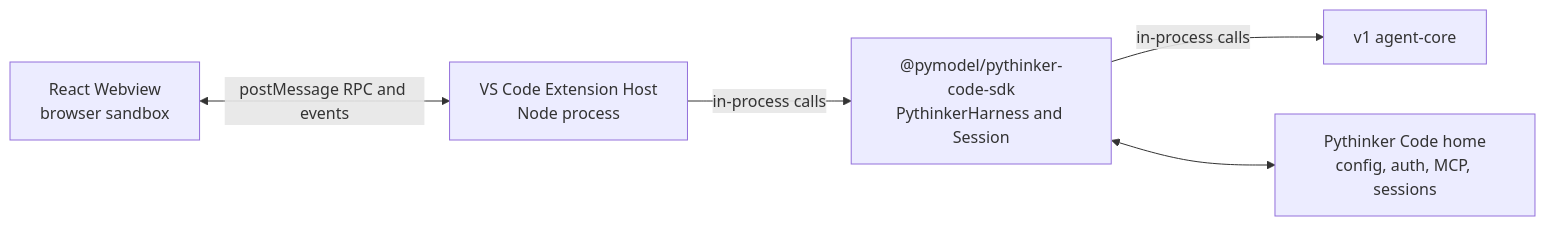
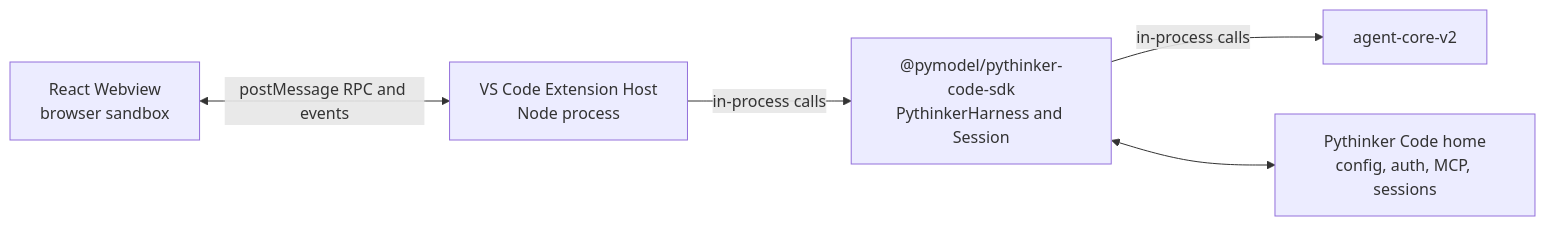
Before and after one commit to PyModel/pythinker-code: the diagram in apps/vscode/docs/node-sdk-migration.md, drawn with Mermaid. The commit also changed other lines of this file and 3575 other files, not shown here.

````diff
--- a/apps/vscode/docs/node-sdk-migration.md
+++ b/apps/vscode/docs/node-sdk-migration.md
@@ -57,13 +57,13 @@
 ```mermaid
 flowchart LR
   UI["React Webview<br/>browser sandbox"]
   Host["VS Code Extension Host<br/>Node process"]
   SDK["@pymodel/pythinker-code-sdk<br/>PythinkerHarness and Session"]
-  Core["v1 agent-core"]
+  Core["agent-core-v2"]
   Home["Pythinker Code home<br/>config, auth, MCP, sessions"]
 
   UI <-->|"postMessage RPC and events"| Host
   Host -->|"in-process calls"| SDK
   SDK -->|"in-process calls"| Core
   SDK <--> Home
 ```
````
